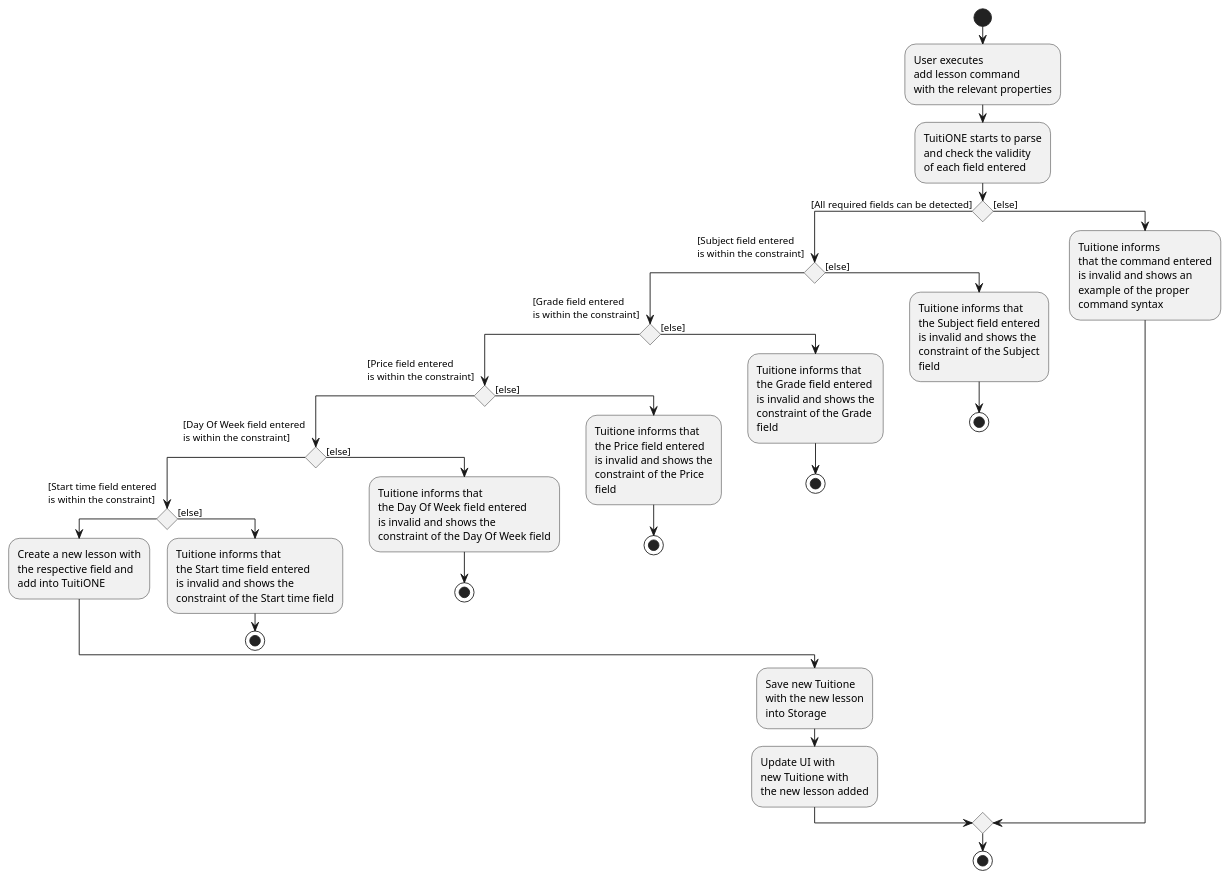
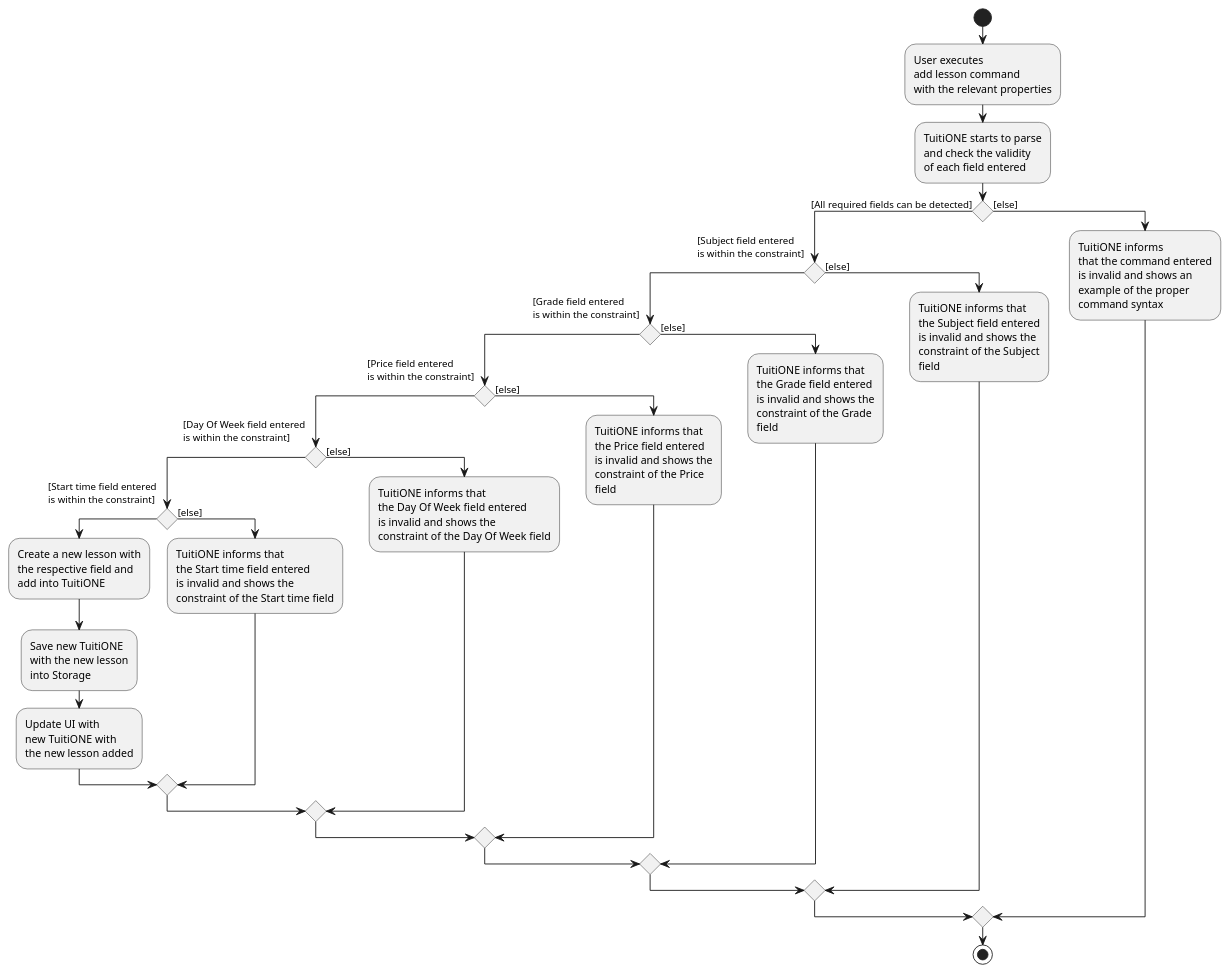
The diagram in docs/diagrams/AddLessonActivityDiagram.puml (nus-cs2103-AY2122S1/tp), drawn with PlantUML before and after one commit. The commit also changed 1 other file, not shown here.

Commit message:
Update Add Lesson Command's activity diagram

```diff
--- a/docs/diagrams/AddLessonActivityDiagram.puml
+++ b/docs/diagrams/AddLessonActivityDiagram.puml
@@ -1,111 +1,110 @@
 @startuml
 start
 :User executes
 add lesson command
 with the relevant properties;
 
 :TuitiONE starts to parse
 and check the validity
 of each field entered ;
 
 if () then ([All required fields can be detected])
 
     if() then (
     [Subject field entered
     is within the constraint]
     )
-
 
     if() then (
     [Grade field entered
     is within the constraint]
     )
 
     if() then (
     [Price field entered
     is within the constraint]
     )
 
     if() then (
     [Day Of Week field entered
     is within the constraint]
     )
 
     if() then (
     [Start time field entered
     is within the constraint]
     )
 
     :Create a new lesson with
     the respective field and
     add into TuitiONE;
 
+    :Save new TuitiONE
+    with the new lesson
+    into Storage;
+
+    :Update UI with
+    new TuitiONE with
+    the new lesson added;
+
+
     else ([else])
 
-    :Tuitione informs that
+    :TuitiONE informs that
     the Start time field entered
     is invalid and shows the
     constraint of the Start time field;
-    stop
     endif
 
     else ([else])
 
-    :Tuitione informs that
+    :TuitiONE informs that
     the Day Of Week field entered
     is invalid and shows the
     constraint of the Day Of Week field;
-    stop
     endif
 
     else ([else])
 
-    :Tuitione informs that
+    :TuitiONE informs that
     the Price field entered
     is invalid and shows the
     constraint of the Price
     field;
-    stop
+
     endif
 
     else ([else])
 
-    :Tuitione informs that
+    :TuitiONE informs that
     the Grade field entered
     is invalid and shows the
     constraint of the Grade
     field;
-    stop
+
     endif
 
 
     else ([else])
 
-    :Tuitione informs that
+    :TuitiONE informs that
     the Subject field entered
     is invalid and shows the
     constraint of the Subject
     field;
-    stop
+
     endif
 
-    :Save new Tuitione
-    with the new lesson
-    into Storage;
+    else ([else])
 
-    :Update UI with
-    new Tuitione with
-    the new lesson added;
-
-else ([else])
-
-    :Tuitione informs
+    :TuitiONE informs
     that the command entered
     is invalid and shows an
     example of the proper
     command syntax;
 
+
 endif
 
 stop
 @enduml
```
